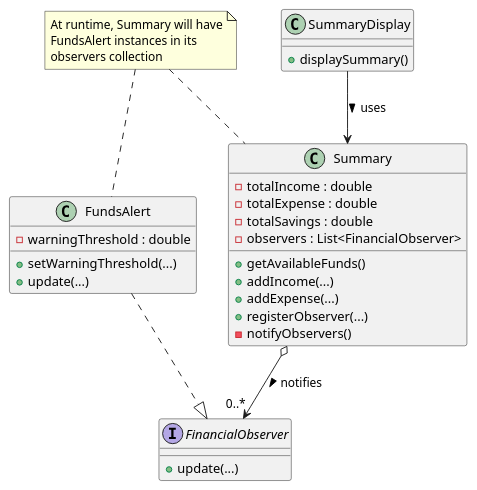
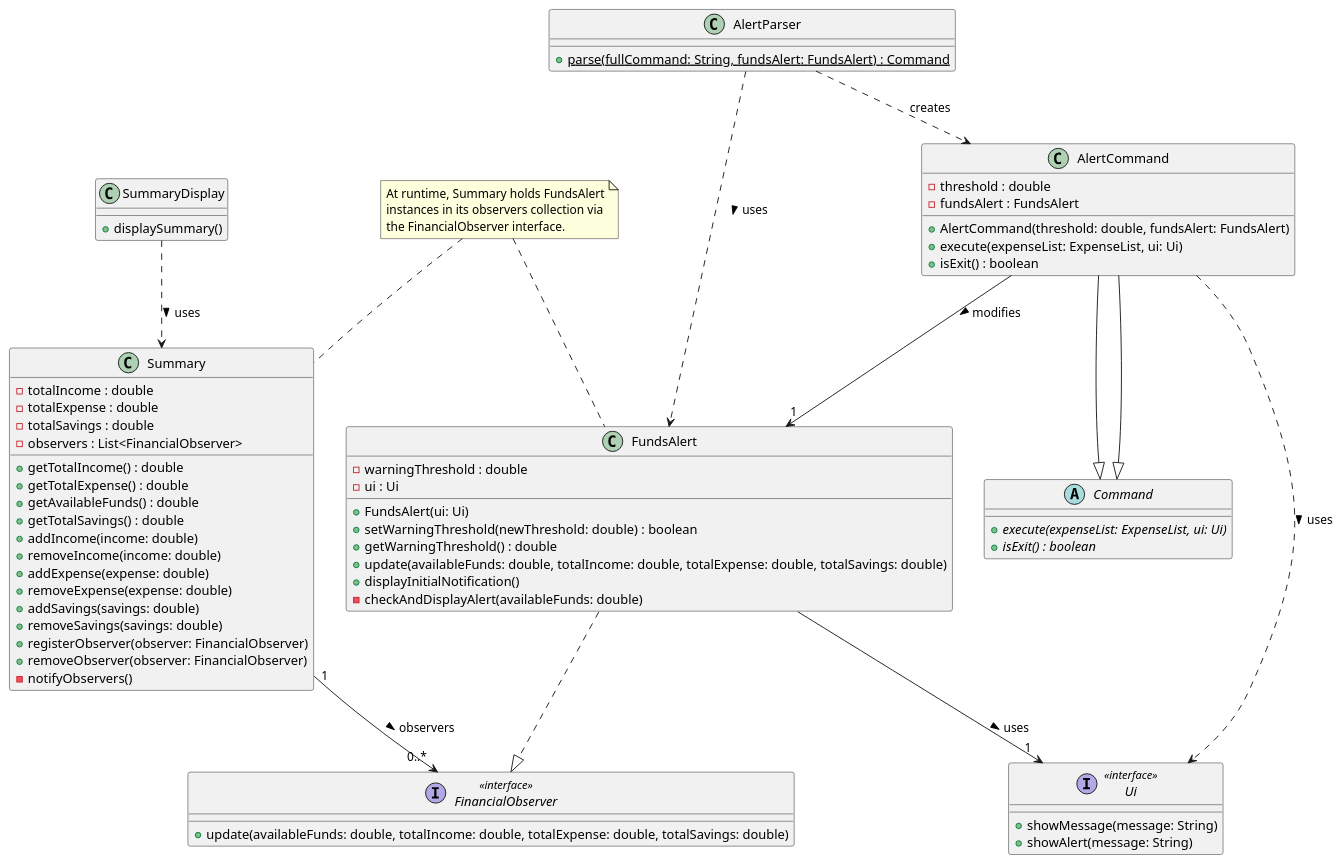
Before and after one commit to xiaojielei/tp: the diagram in docs/diagrams/Summary.puml, drawn with PlantUML. The commit also changed 5 other files, not shown here.

Commit message:
updated DG diagrams

```diff
--- a/docs/diagrams/Summary.puml
+++ b/docs/diagrams/Summary.puml
@@ -1,40 +1,87 @@
 @startuml
-'Summary class diagram for budget tracker application
+' Improved class diagram based on code and CS2113 principles
 
+skinparam classAttributeIconSize 0 ' Hide default attribute icon for cleaner look
 
-  class Summary {
-    - totalIncome : double
-    - totalExpense : double
-    - totalSavings : double
-    - observers : List<FinancialObserver>
-    + getAvailableFunds()
-    + addIncome(...)
-    + addExpense(...)
-    + registerObserver(...)
-    - notifyObservers()
-  }
+interface FinancialObserver <<interface>> {
+  + update(availableFunds: double, totalIncome: double, totalExpense: double, totalSavings: double)
+}
 
-  interface FinancialObserver {
-    + update(...)
-  }
+class Summary {
+  - totalIncome : double
+  - totalExpense : double
+  - totalSavings : double
+  - observers : List<FinancialObserver>
+  + getTotalIncome() : double
+  + getTotalExpense() : double
+  + getAvailableFunds() : double
+  + getTotalSavings() : double
+  + addIncome(income: double)
+  + removeIncome(income: double)
+  + addExpense(expense: double)
+  + removeExpense(expense: double)
+  + addSavings(savings: double)
+  + removeSavings(savings: double)
+  + registerObserver(observer: FinancialObserver)
+  + removeObserver(observer: FinancialObserver)
+  - notifyObservers()
+}
 
-  class FundsAlert {
-    - warningThreshold : double
-    + setWarningThreshold(...)
-    + update(...)
-  }
+class FundsAlert {
+  - warningThreshold : double
+  - ui : Ui
+  + FundsAlert(ui: Ui)
+  + setWarningThreshold(newThreshold: double) : boolean
+  + getWarningThreshold() : double
+  + update(availableFunds: double, totalIncome: double, totalExpense: double, totalSavings: double)
+  + displayInitialNotification()
+  - checkAndDisplayAlert(availableFunds: double)
+}
 
-  class SummaryDisplay {
-    + displaySummary()
-  }
+class AlertCommand extends Command {
+  - threshold : double
+  - fundsAlert : FundsAlert
+  + AlertCommand(threshold: double, fundsAlert: FundsAlert)
+  + execute(expenseList: ExpenseList, ui: Ui)
+  + isExit() : boolean
+}
 
-  Summary o--> "0..*" FinancialObserver : notifies >
-  FundsAlert ..|> FinancialObserver
-  SummaryDisplay --> Summary : uses >
-  
-  note "At runtime, Summary will have\nFundsAlert instances in its\nobservers collection" as N1
-  N1 .. Summary
-  N1 .. FundsAlert
+class AlertParser {
+  + {static} parse(fullCommand: String, fundsAlert: FundsAlert) : Command
+}
 
+class SummaryDisplay {
+  + displaySummary()
+}
+
+' --- External/Placeholder Classes ---
+interface Ui <<interface>> {
+  + showMessage(message: String)
+  + showAlert(message: String)
+}
+
+abstract class Command {
+  + {abstract} execute(expenseList: ExpenseList, ui: Ui)
+  + {abstract} isExit() : boolean
+}
+
+' --- Relationships ---
+Summary "1" --> "0..*" FinancialObserver : observers >
+FundsAlert ..|> FinancialObserver
+FundsAlert --> "1" Ui : uses >
+
+AlertCommand --|> Command
+AlertCommand --> "1" FundsAlert : modifies >
+AlertCommand ..> Ui : uses >
+
+AlertParser ..> AlertCommand : creates
+AlertParser ..> FundsAlert : uses >
+
+SummaryDisplay ..> Summary : uses >
+
+' --- Notes ---
+note "At runtime, Summary holds FundsAlert\ninstances in its observers collection via\nthe FinancialObserver interface." as N1
+N1 .. Summary
+N1 .. FundsAlert
 
 @enduml
```
